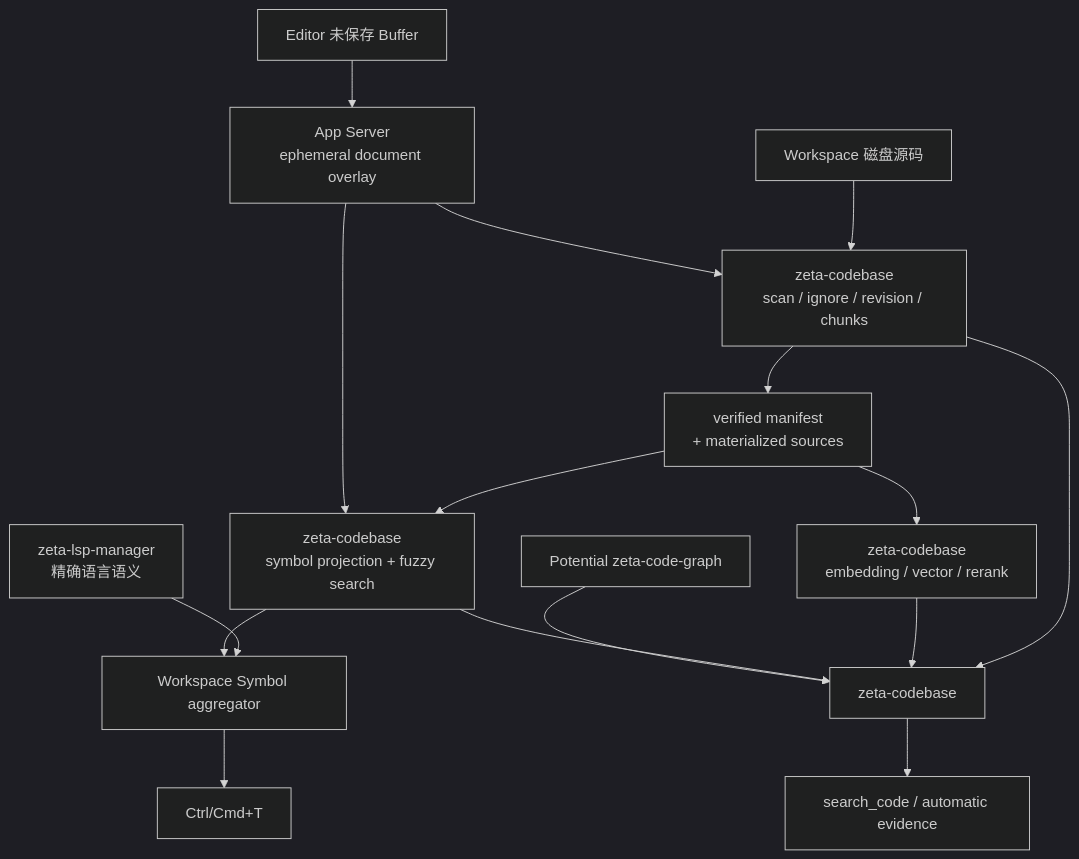
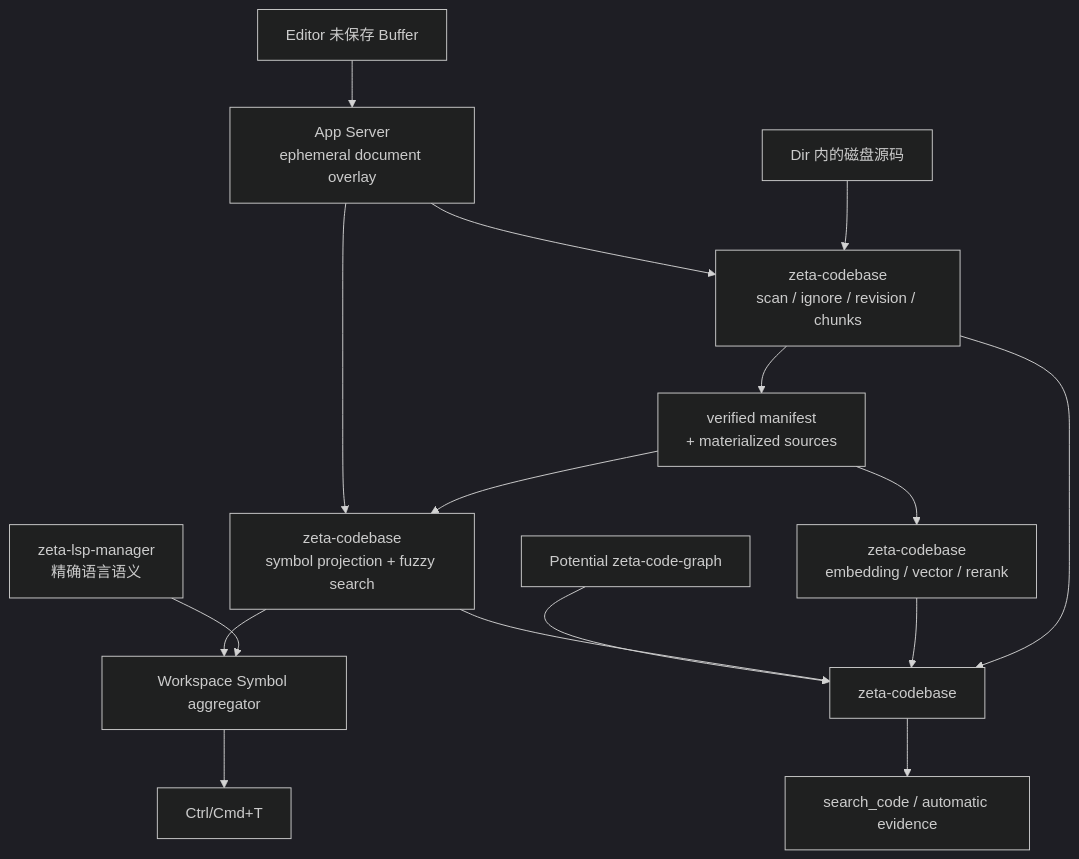
One commit to chogng/zeta changed the diagram in docs/code-intelligence.md. Above: the diagram before and after it, drawn with Mermaid (dark theme). The commit also changed other lines of this file and 41 other files, not shown here.

````diff
--- a/docs/code-intelligence.md
+++ b/docs/code-intelligence.md
@@ -81,21 +81,21 @@
 ```mermaid
 flowchart TD
-    Disk["Workspace 磁盘源码"] --> Index["zeta-codebase<br/>scan / ignore / revision / chunks"]
+    Disk["Dir 内的磁盘源码"] --> Index["zeta-codebase<br/>scan / ignore / revision / chunks"]
     Index --> Sources["verified manifest<br/>+ materialized sources"]
     Sources --> Symbols["zeta-codebase<br/>symbol projection + fuzzy search"]
     Sources --> Semantic["zeta-codebase<br/>embedding / vector / rerank"]
 
     Buffer["Editor 未保存 Buffer"] --> Overlay["App Server<br/>ephemeral document overlay"]
     Overlay --> Index
     Overlay --> Symbols
 
     Lsp["zeta-lsp-manager<br/>精确语言语义"] --> WorkspaceSymbols["Workspace Symbol aggregator"]
     Symbols --> WorkspaceSymbols
     WorkspaceSymbols --> UI["Ctrl/Cmd+T"]
 
     Index --> Retrieval["zeta-codebase"]
     Semantic --> Retrieval
     Symbols --> Retrieval
     Graph["Potential zeta-code-graph"] --> Retrieval
     Retrieval --> Agent["search_code / automatic evidence"]
 ```
````
